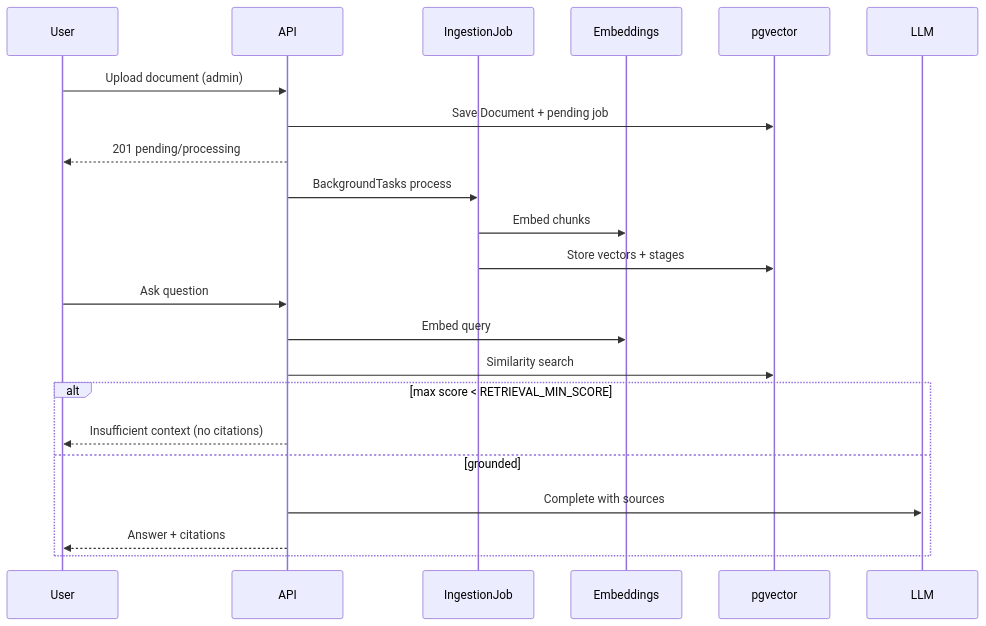
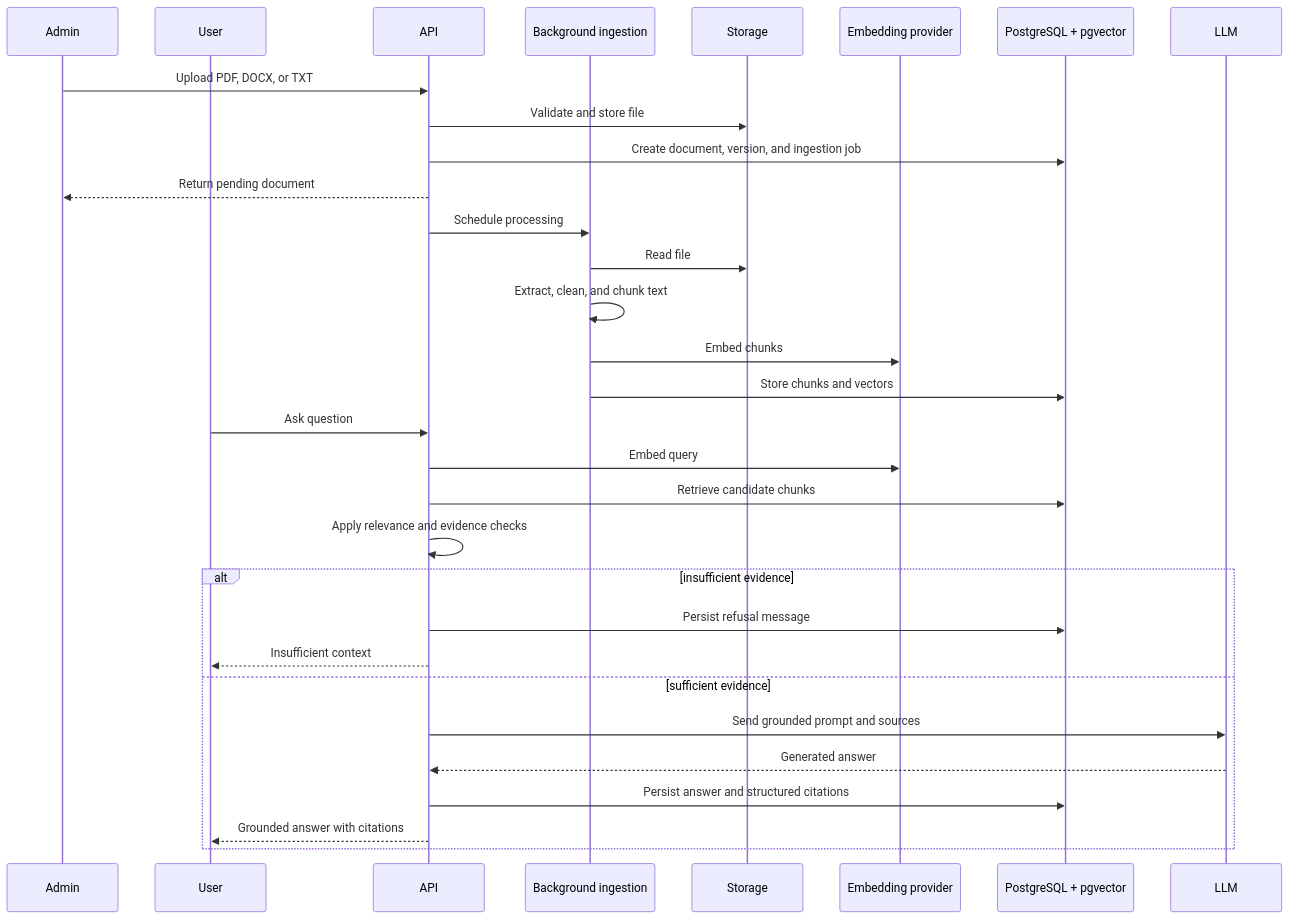
Before and after one commit to Jerichho/enterprise-document-platform: the second of 2 diagrams in README.md, drawn with Mermaid. The commit also changed other lines of this file and 2 other files, not shown here.

````diff
--- a/README.md
+++ b/README.md
@@ -69,26 +74,33 @@
 ```mermaid
 sequenceDiagram
+  participant Admin
   participant User
   participant API
-  participant Job as IngestionJob
-  participant Emb as Embeddings
-  participant DB as pgvector
+  participant Job as Background ingestion
+  participant Storage
+  participant Emb as Embedding provider
+  participant DB as PostgreSQL + pgvector
   participant LLM
-
-  User->>API: Upload document (admin)
-  API->>DB: Save Document + pending job
-  API-->>User: 201 pending/processing
-  API->>Job: BackgroundTasks process
+  Admin->>API: Upload PDF, DOCX, or TXT
+  API->>Storage: Validate and store file
+  API->>DB: Create document, version, and ingestion job
+  API-->>Admin: Return pending document
+  API->>Job: Schedule processing
+  Job->>Storage: Read file
+  Job->>Job: Extract, clean, and chunk text
   Job->>Emb: Embed chunks
-  Job->>DB: Store vectors + stages
-
+  Job->>DB: Store chunks and vectors
   User->>API: Ask question
   API->>Emb: Embed query
-  API->>DB: Similarity search
-  alt max score < RETRIEVAL_MIN_SCORE
-    API-->>User: Insufficient context (no citations)
-  else grounded
-    API->>LLM: Complete with sources
-    API-->>User: Answer + citations
+  API->>DB: Retrieve candidate chunks
+  API->>API: Apply relevance and evidence checks
+  alt insufficient evidence
+    API->>DB: Persist refusal message
+    API-->>User: Insufficient context
+  else sufficient evidence
+    API->>LLM: Send grounded prompt and sources
+    LLM-->>API: Generated answer
+    API->>DB: Persist answer and structured citations
+    API-->>User: Grounded answer with citations
   end
 ```
````
